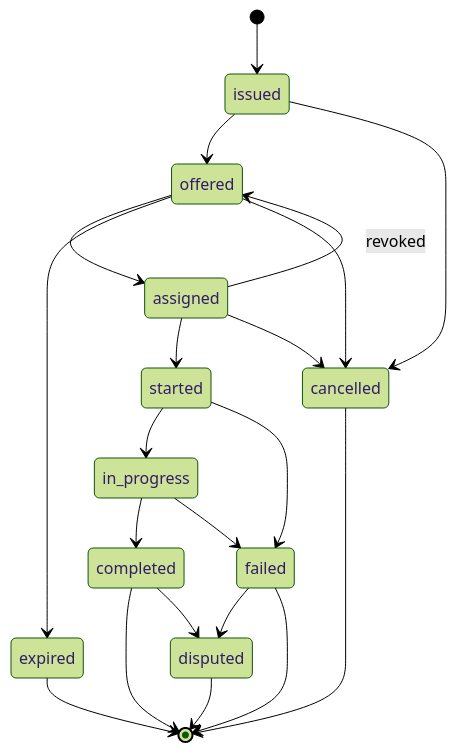
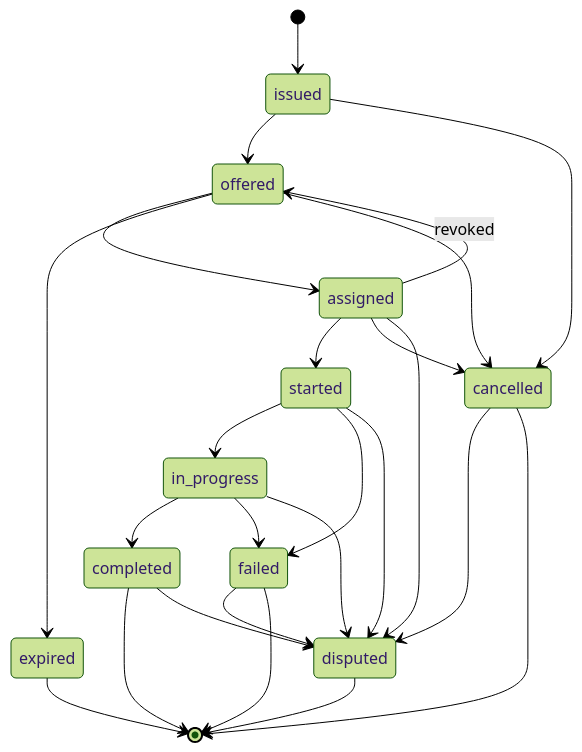
Before and after one commit to vul-os/kotva: the diagram in profiles/wrap/05-lifecycle.md, drawn with Mermaid (forest theme). The commit also changed 2 other files, not shown here.

````diff
--- a/profiles/wrap/05-lifecycle.md
+++ b/profiles/wrap/05-lifecycle.md
@@ -5,24 +5,30 @@
 ```mermaid
 stateDiagram-v2
   [*] --> issued
   issued --> offered
   offered --> assigned
   assigned --> started
   started --> in_progress
   in_progress --> completed
   completed --> [*]
 
   offered --> expired
   issued --> cancelled
   offered --> cancelled
   assigned --> cancelled
   assigned --> offered : revoked
   started --> failed
   in_progress --> failed
   completed --> disputed
   failed --> disputed
+  %% A valid outcome=3 Attestation is an override (§6.3 step 1, top priority): it can
+  %% make any assigned-or-later order disputed, so these dispute edges are non-exhaustive.
+  assigned --> disputed
+  started --> disputed
+  in_progress --> disputed
+  cancelled --> disputed
   expired --> [*]
   cancelled --> [*]
   failed --> [*]
   disputed --> [*]
 ```
````
